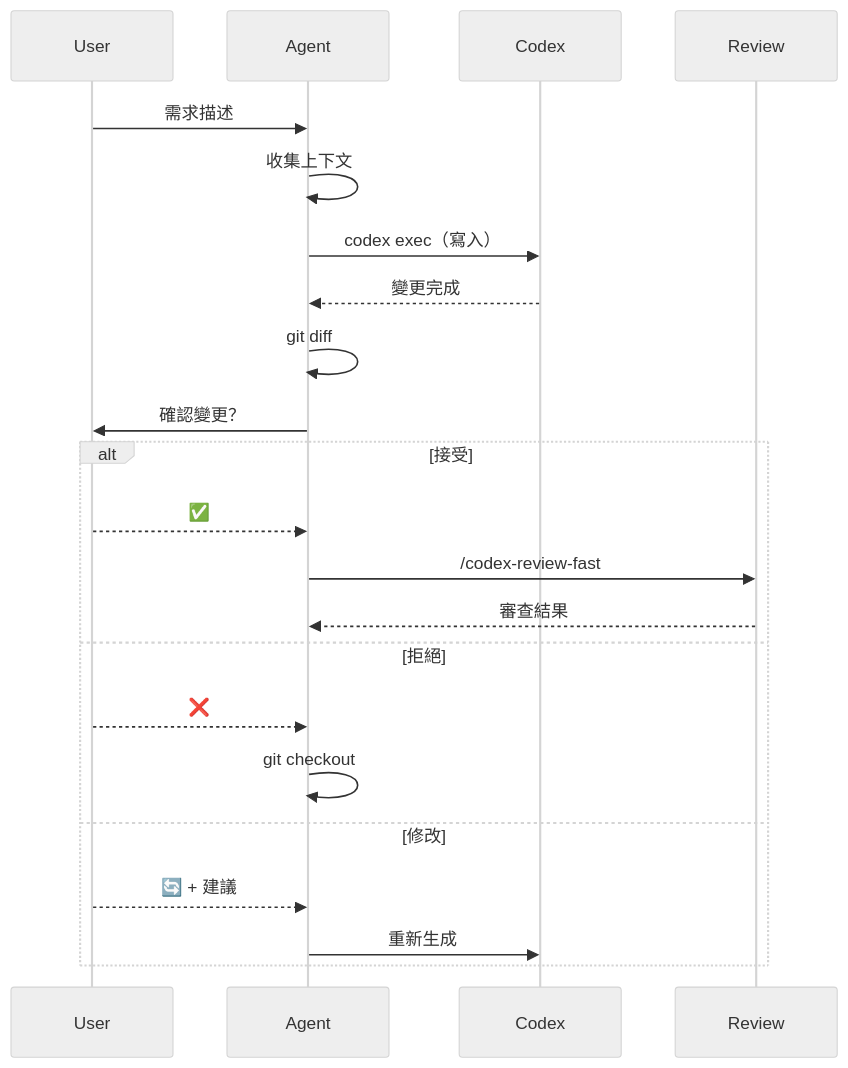
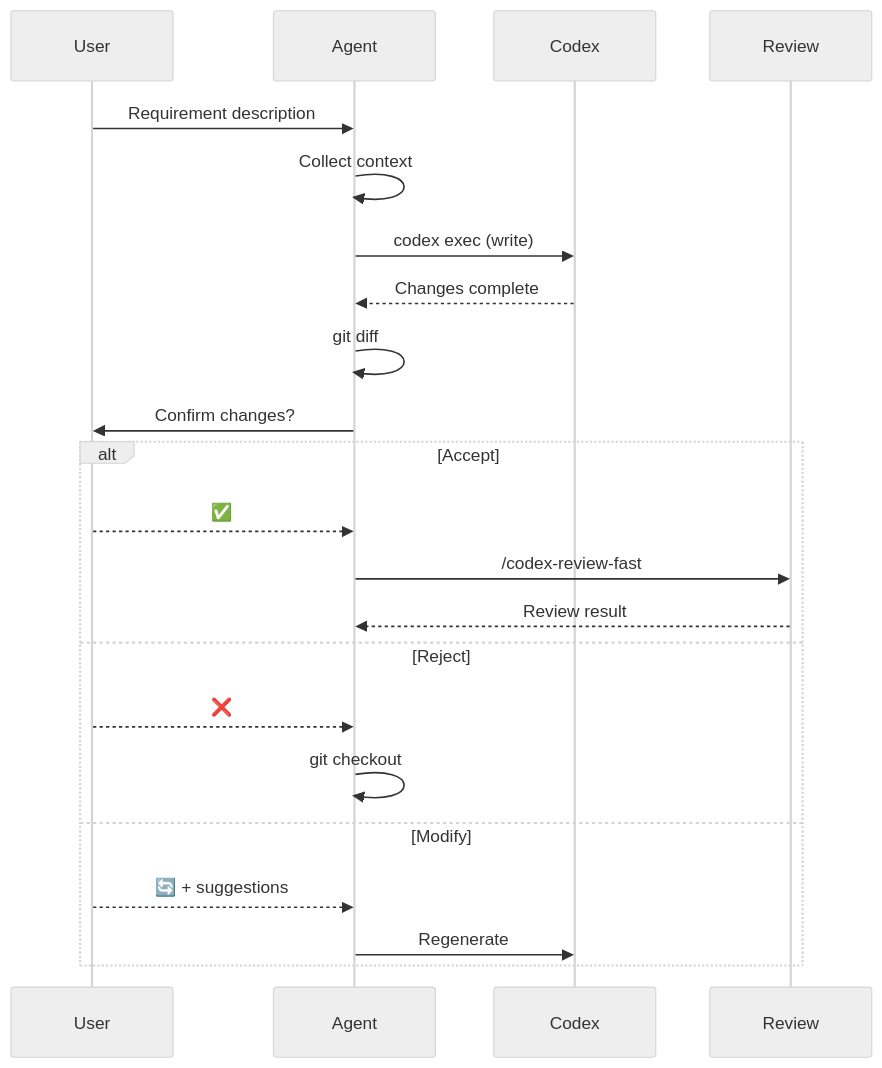
Before and after one commit to jupiter-Pulin/Uranus-dev-flow: the diagram in agents/codex-implementer.md, drawn with Mermaid (neutral theme). The commit also changed other lines of this file and 106 other files, not shown here.

````diff
--- a/agents/codex-implementer.md
+++ b/agents/codex-implementer.md
@@ -12,25 +12,25 @@
 ```mermaid
 sequenceDiagram
     participant U as User
     participant A as Agent
     participant X as Codex
     participant R as Review
 
-    U->>A: 需求描述
-    A->>A: 收集上下文
-    A->>X: codex exec（寫入）
-    X-->>A: 變更完成
+    U->>A: Requirement description
+    A->>A: Collect context
+    A->>X: codex exec (write)
+    X-->>A: Changes complete
     A->>A: git diff
-    A->>U: 確認變更？
-    alt 接受
+    A->>U: Confirm changes?
+    alt Accept
         U-->>A: ✅
         A->>R: /codex-review-fast
-        R-->>A: 審查結果
-    else 拒絕
+        R-->>A: Review result
+    else Reject
         U-->>A: ❌
         A->>A: git checkout
-    else 修改
-        U-->>A: 🔄 + 建議
-        A->>X: 重新生成
+    else Modify
+        U-->>A: 🔄 + suggestions
+        A->>X: Regenerate
     end
 ```
````
